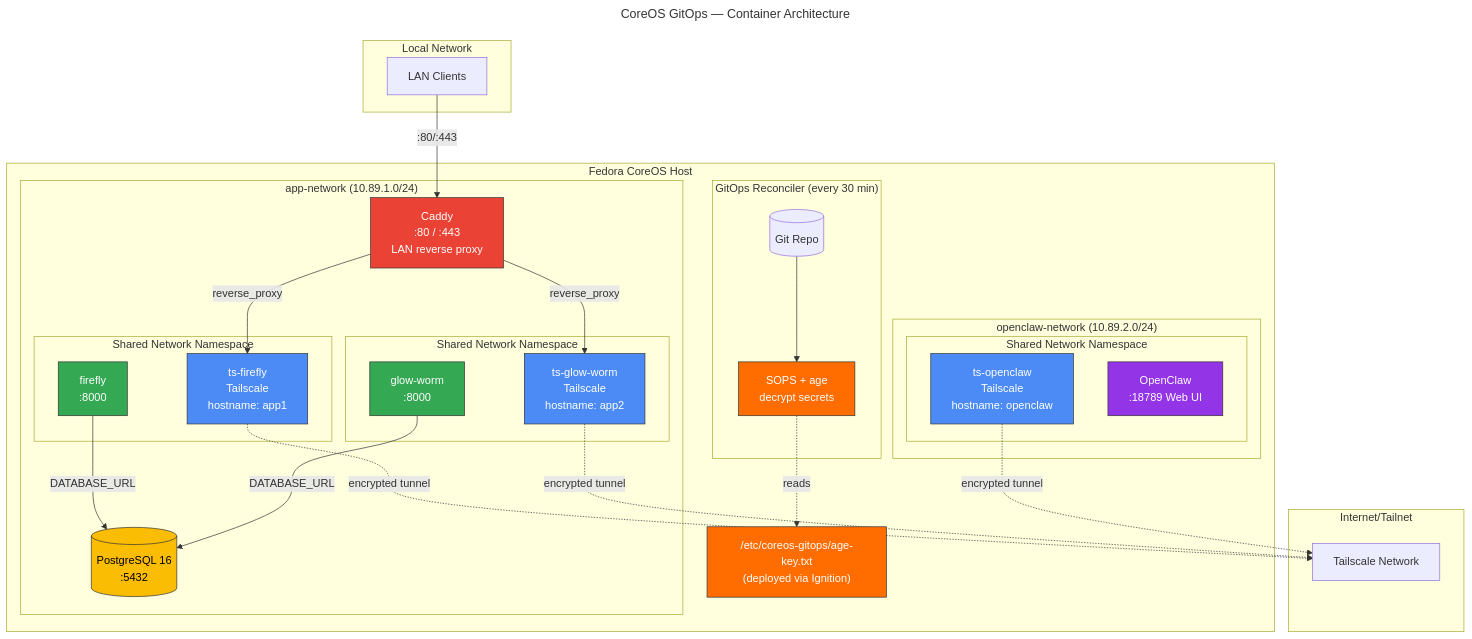
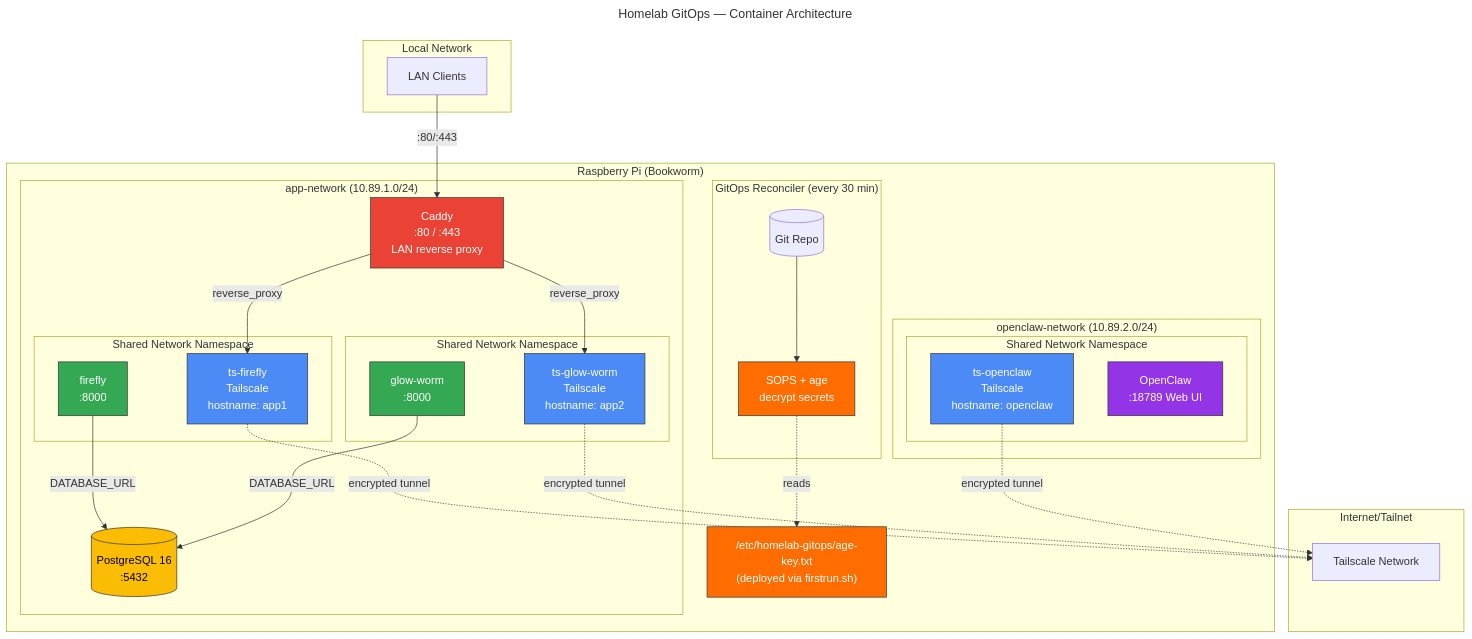
One commit to jmoeser/fcos-homelab-infra changed the diagram in ARCHITECTURE.mermaid. Above: the diagram before and after it, drawn with Mermaid. The commit also changed 24 other files, not shown here.

```diff
--- a/ARCHITECTURE.mermaid
+++ b/ARCHITECTURE.mermaid
@@ -1,73 +1,73 @@
 ---
-title: CoreOS GitOps — Container Architecture
+title: Homelab GitOps — Container Architecture
 ---
 graph TB
     subgraph Internet/Tailnet
         TS[Tailscale Network]
     end
 
     subgraph LAN["Local Network"]
         LAN_CLIENT[LAN Clients]
     end
 
-    subgraph COREOS["Fedora CoreOS Host"]
+    subgraph RPI["Raspberry Pi (Bookworm)"]
         subgraph RECONCILER["GitOps Reconciler (every 30 min)"]
             GIT[("Git Repo")]
             SOPS["SOPS + age<br/>decrypt secrets"]
             GIT --> SOPS
         end
 
-        AGE_KEY["/etc/coreos-gitops/age-key.txt<br/>(deployed via Ignition)"]
+        AGE_KEY["/etc/homelab-gitops/age-key.txt<br/>(deployed via firstrun.sh)"]
         SOPS -.->|"reads"| AGE_KEY
 
         subgraph APP_NETWORK["app-network (10.89.1.0/24)"]
             POSTGRES[(PostgreSQL 16<br/>:5432)]
 
             subgraph NS1["Shared Network Namespace"]
                 TS1[ts-firefly<br/>Tailscale<br/>hostname: app1]
                 APP1[firefly<br/>:8000]
             end
 
             subgraph NS2["Shared Network Namespace"]
                 TS2[ts-glow-worm<br/>Tailscale<br/>hostname: app2]
                 APP2[glow-worm<br/>:8000]
             end
 
             CADDY[Caddy<br/>:80 / :443<br/>LAN reverse proxy]
         end
 
         subgraph OC_NETWORK["openclaw-network (10.89.2.0/24)"]
             subgraph NS3["Shared Network Namespace"]
                 TS3[ts-openclaw<br/>Tailscale<br/>hostname: openclaw]
                 OPENCLAW[OpenClaw<br/>:18789 Web UI]
             end
         end
     end
 
     %% Tailscale tunnels
     TS1 -.->|"encrypted tunnel"| TS
     TS2 -.->|"encrypted tunnel"| TS
     TS3 -.->|"encrypted tunnel"| TS
 
     %% LAN access via Caddy only
     LAN_CLIENT -->|":80/:443"| CADDY
     CADDY -->|"reverse_proxy"| TS1
     CADDY -->|"reverse_proxy"| TS2
 
     %% DB connections
     APP1 -->|"DATABASE_URL"| POSTGRES
     APP2 -->|"DATABASE_URL"| POSTGRES
 
     classDef tailscale fill:#4c8bf5,stroke:#333,color:#fff
     classDef app fill:#34a853,stroke:#333,color:#fff
     classDef db fill:#fbbc04,stroke:#333,color:#000
     classDef proxy fill:#ea4335,stroke:#333,color:#fff
     classDef openclaw fill:#9334e6,stroke:#333,color:#fff
     classDef secrets fill:#ff6d01,stroke:#333,color:#fff
 
     class TS1,TS2,TS3 tailscale
     class APP1,APP2 app
     class POSTGRES db
     class CADDY proxy
     class OPENCLAW openclaw
     class SOPS,AGE_KEY secrets
```
